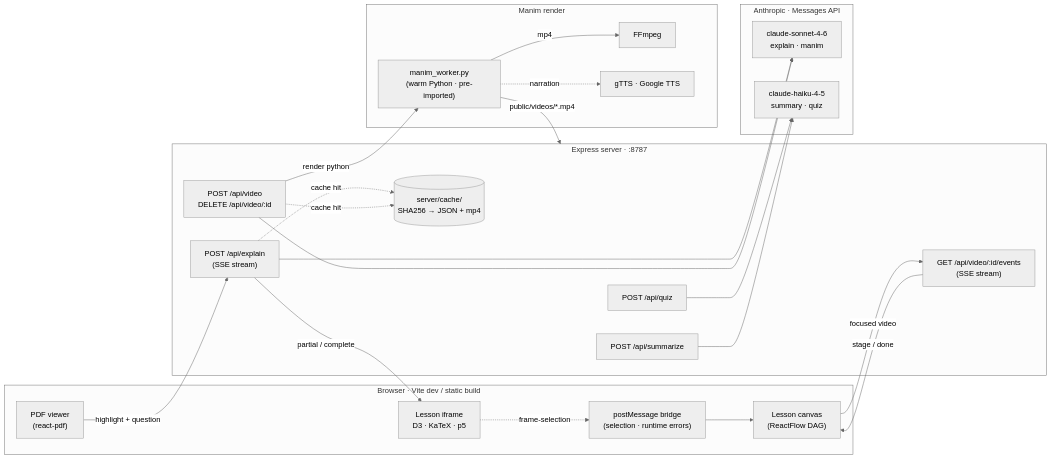
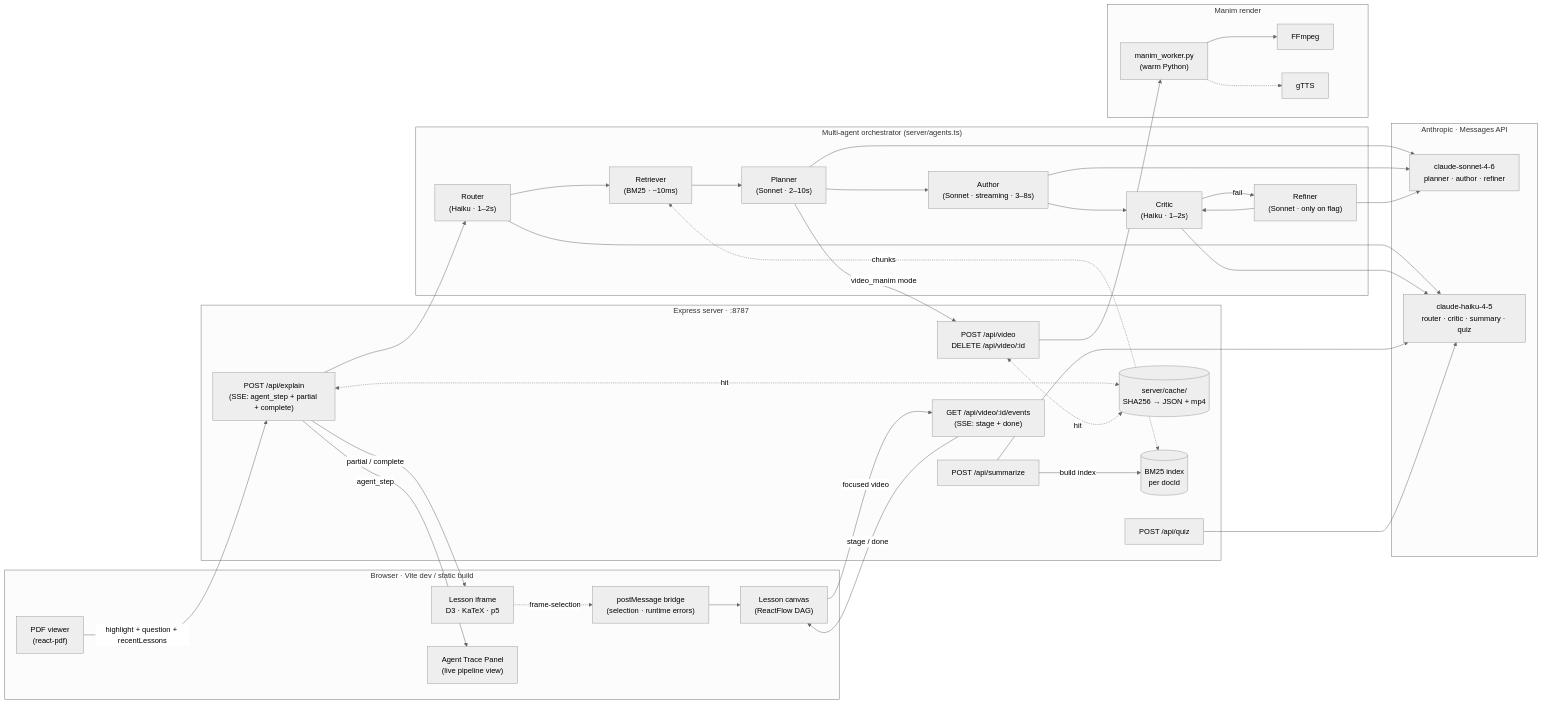
Before and after one commit to mohanad-hafez/ai-tutor: the first of 4 diagrams in docs/architecture.md, drawn with Mermaid (neutral theme). The commit also changed other lines of this file and 13 other files, not shown here.

First line of the commit message:
feat: multi-agent pipeline (ReAct + Reflexion) with live trace UI

````diff
--- a/docs/architecture.md
+++ b/docs/architecture.md
@@ -5,46 +5,70 @@
 ```mermaid
 flowchart LR
     subgraph Browser["Browser · Vite dev / static build"]
         PDF["PDF viewer<br/>(react-pdf)"]
         Canvas["Lesson canvas<br/>(ReactFlow DAG)"]
         Iframe["Lesson iframe<br/>D3 · KaTeX · p5"]
+        Trace["Agent Trace Panel<br/>(live pipeline view)"]
         Bridge["postMessage bridge<br/>(selection · runtime errors)"]
     end
 
     subgraph Server["Express server · :8787"]
         SUM["POST /api/summarize"]
-        EXP["POST /api/explain<br/>(SSE stream)"]
+        EXP["POST /api/explain<br/>(SSE: agent_step + partial + complete)"]
         QUIZ["POST /api/quiz"]
         VID["POST /api/video<br/>DELETE /api/video/:id"]
-        EVT["GET /api/video/:id/events<br/>(SSE stream)"]
+        EVT["GET /api/video/:id/events<br/>(SSE: stage + done)"]
         Cache[("server/cache/<br/>SHA256 → JSON + mp4")]
+        BM25[("BM25 index<br/>per docId")]
+    end
+
+    subgraph Orchestrator["Multi-agent orchestrator (server/agents.ts)"]
+        Router["Router<br/>(Haiku · 1–2s)"]
+        Retriever["Retriever<br/>(BM25 · ~10ms)"]
+        Planner["Planner<br/>(Sonnet · 2–10s)"]
+        Author["Author<br/>(Sonnet · streaming · 3–8s)"]
+        Critic["Critic<br/>(Haiku · 1–2s)"]
+        Refiner["Refiner<br/>(Sonnet · only on flag)"]
     end
 
     subgraph Anthropic["Anthropic · Messages API"]
-        Sonnet["claude-sonnet-4-6<br/>explain · manim"]
-        Haiku["claude-haiku-4-5<br/>summary · quiz"]
+        Sonnet["claude-sonnet-4-6<br/>planner · author · refiner"]
+        Haiku["claude-haiku-4-5<br/>router · critic · summary · quiz"]
     end
 
     subgraph Render["Manim render"]
-        Worker["manim_worker.py<br/>(warm Python · pre-imported)"]
-        FFmpeg["FFmpeg"]
-        gTTS["gTTS · Google TTS"]
+        Worker["manim_worker.py<br/>(warm Python)"]
+        FFmpeg
+        gTTS
     end
 
-    PDF -->|highlight + question| EXP
+    PDF -->|highlight + question + recentLessons| EXP
     Canvas -->|focused video| EVT
     Iframe -.->|frame-selection| Bridge
     Bridge --> Canvas
+    EXP --> Router
+    Router --> Retriever
+    Retriever --> Planner
+    Planner --> Author
+    Planner -->|video_manim mode| VID
+    Author --> Critic
+    Critic -->|fail| Refiner
+    Refiner --> Critic
+    Retriever <-.->|chunks| BM25
+    SUM -->|build index| BM25
+    Router --> Haiku
+    Critic --> Haiku
+    Planner --> Sonnet
+    Author --> Sonnet
+    Refiner --> Sonnet
+    SUM --> Haiku
+    QUIZ --> Haiku
     EXP -->|partial / complete| Iframe
+    EXP -->|agent_step| Trace
     EVT -->|stage / done| Canvas
-    EXP -.->|cache hit| Cache
-    VID -.->|cache hit| Cache
-    EXP --> Sonnet
-    QUIZ --> Haiku
-    SUM --> Haiku
-    VID --> Sonnet
-    VID -->|render python| Worker
-    Worker -->|mp4| FFmpeg
-    Worker -.->|narration| gTTS
-    Worker -->|public/videos/*.mp4| Server
+    EXP <-.->|hit| Cache
+    VID <-.->|hit| Cache
+    VID --> Worker
+    Worker --> FFmpeg
+    Worker -.-> gTTS
 ```
````
